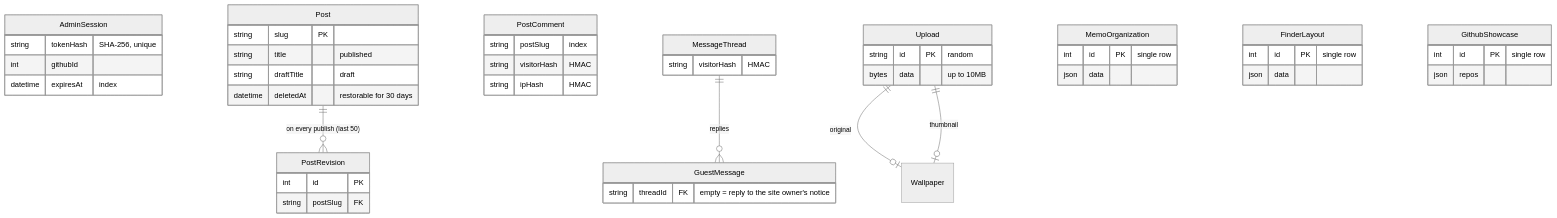
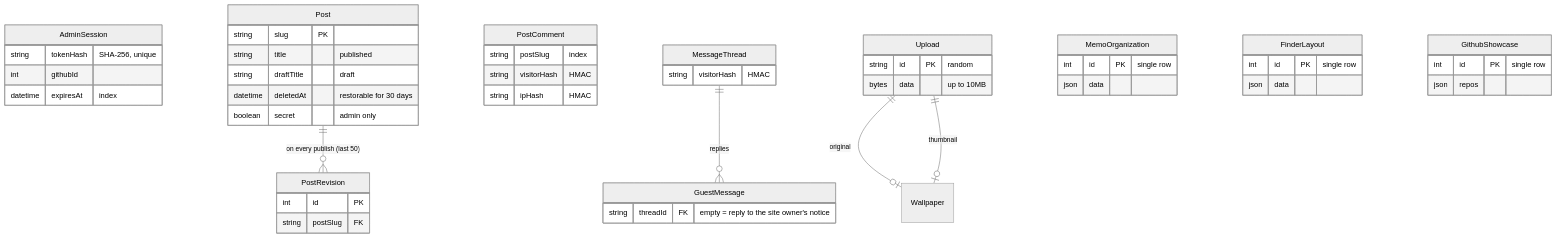
The third of 3 diagrams in docs/en/backend-design.md (hyeoniverse/MacFolio), drawn with Mermaid (neutral theme) before and after one commit. The commit also changed other lines of this file and 28 other files, not shown here.

````diff
--- a/docs/en/backend-design.md
+++ b/docs/en/backend-design.md
@@ -123,49 +123,50 @@
 ```mermaid
 erDiagram
     AdminSession {
         string tokenHash "SHA-256, unique"
         int githubId
         datetime expiresAt "index"
     }
     Post ||--o{ PostRevision : "on every publish (last 50)"
     Post {
         string slug PK
         string title "published"
         string draftTitle "draft"
         datetime deletedAt "restorable for 30 days"
+        boolean secret "admin only"
     }
     PostRevision {
         int id PK
         string postSlug FK
     }
     PostComment {
         string postSlug "index"
         string visitorHash "HMAC"
         string ipHash "HMAC"
     }
     MessageThread ||--o{ GuestMessage : "replies"
     MessageThread {
         string visitorHash "HMAC"
     }
     GuestMessage {
         string threadId FK "empty = reply to the site owner's notice"
     }
     Upload ||--o| Wallpaper : "original"
     Upload ||--o| Wallpaper : "thumbnail"
     Upload {
         string id PK "random"
         bytes data "up to 10MB"
     }
     MemoOrganization {
         int id PK "single row"
         json data
     }
     FinderLayout {
         int id PK "single row"
         json data
     }
     GithubShowcase {
         int id PK "single row"
         json repos
     }
 ```
````
